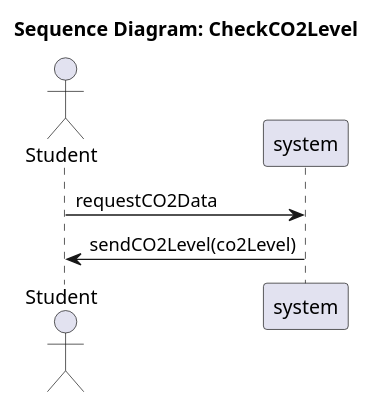
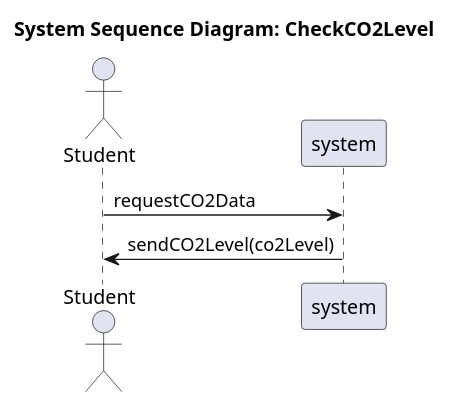
Before and after one commit to SEP4Real/SEP4: the diagram in Documentation/Analysis/ssds/StudyHelper_CheckCO2Level.ssd.puml, drawn with PlantUML. The commit also changed 26 other files, not shown here.

Commit message:
[Fix] Old diagram fixes

```diff
--- a/Documentation/Analysis/ssds/StudyHelper_CheckCO2Level.ssd.puml
+++ b/Documentation/Analysis/ssds/StudyHelper_CheckCO2Level.ssd.puml
@@ -1,8 +1,8 @@
 @startuml
-title Sequence Diagram: CheckCO2Level
+title System Sequence Diagram: CheckCO2Level
 actor "Student" as Actor
 participant "system" as System
 
 Actor -> System : requestCO2Data
 System -> Actor : sendCO2Level(co2Level)
 @enduml
```
